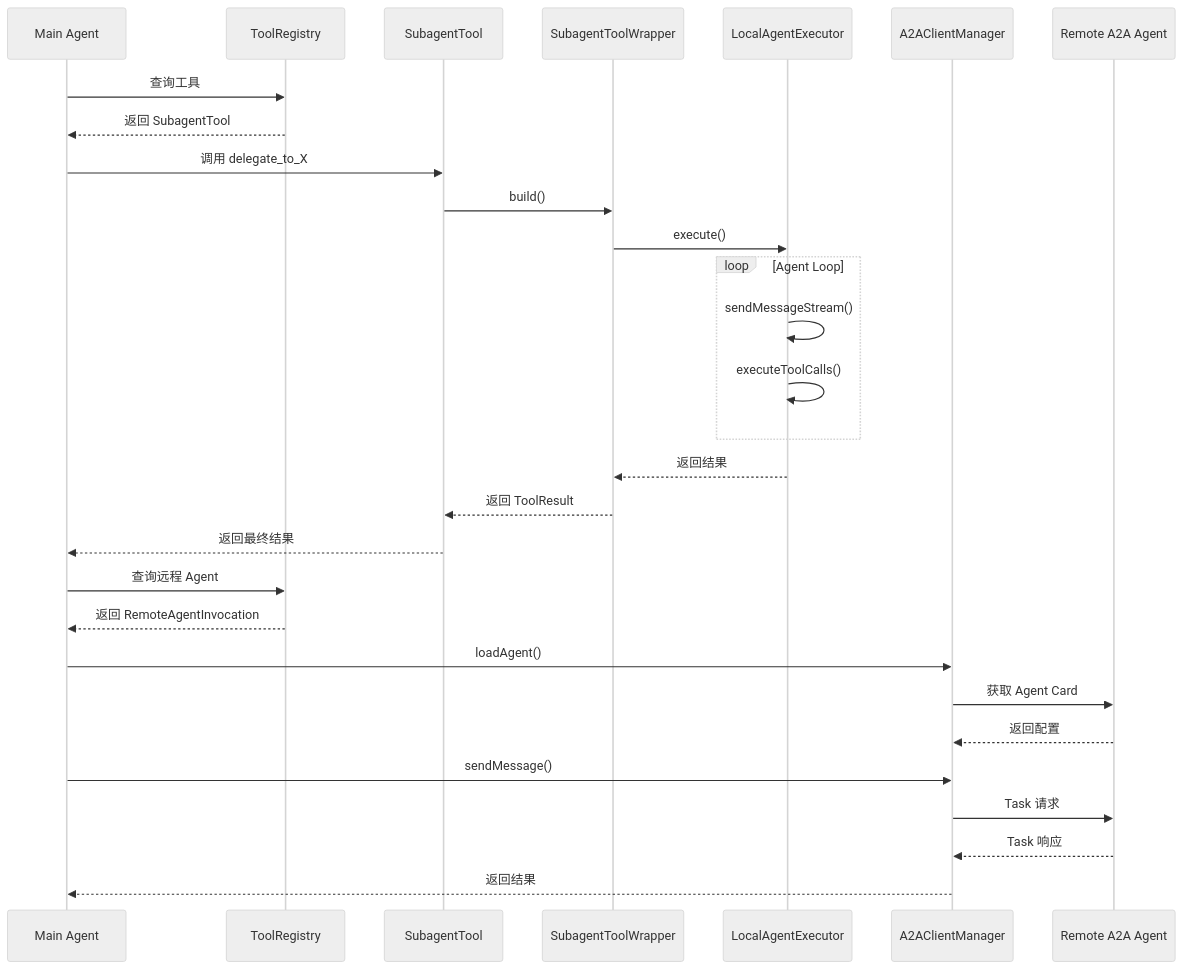
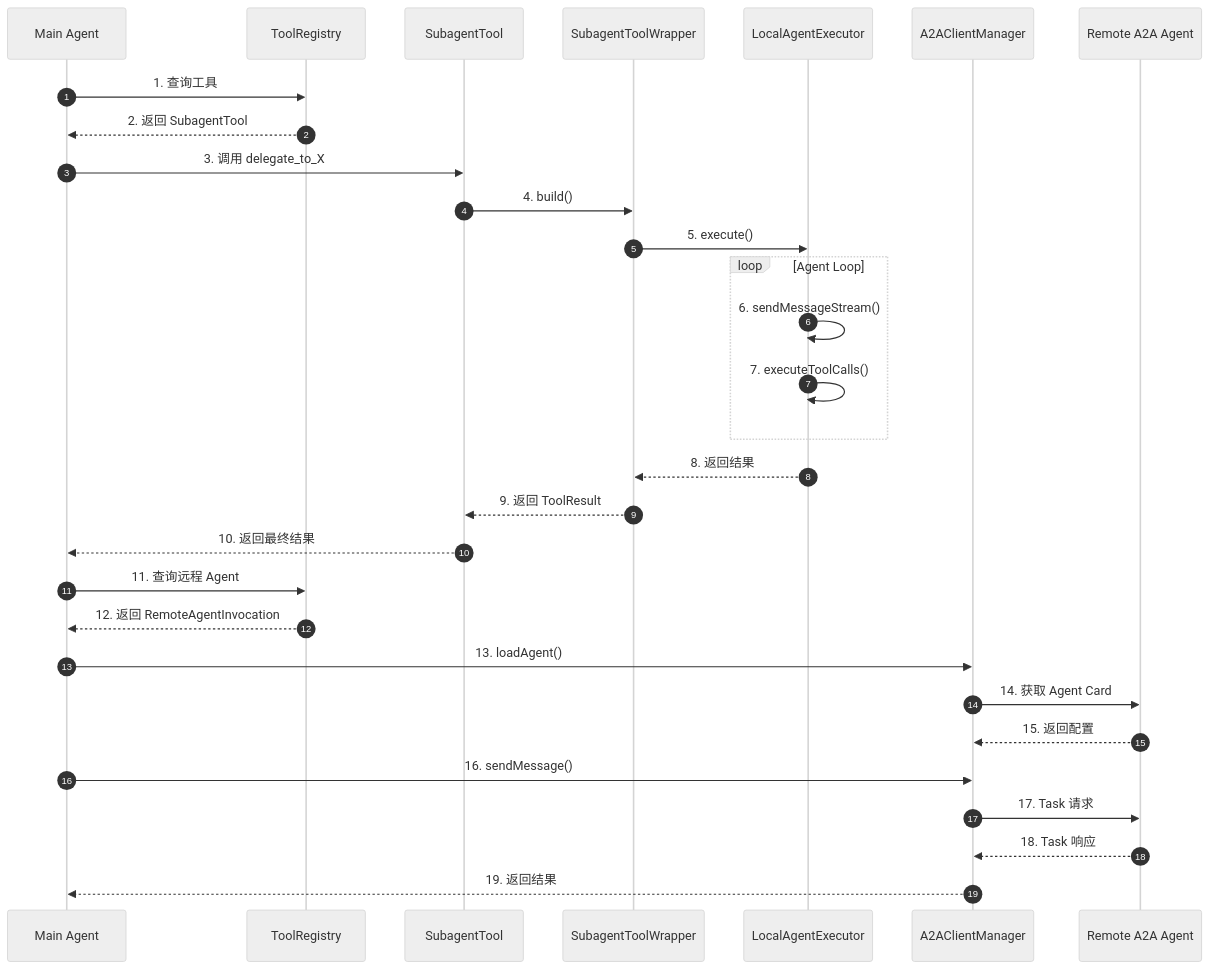
Before and after one commit to giraffe-tree/agent-base: the first of 11 diagrams in docs/gemini-cli/13-gemini-cli-acp-integration.md, drawn with Mermaid (neutral theme). The commit also changed other lines of this file and 155 other files, not shown here.

````diff
--- a/docs/gemini-cli/13-gemini-cli-acp-integration.md
+++ b/docs/gemini-cli/13-gemini-cli-acp-integration.md
@@ -112,35 +135,36 @@
 ```mermaid
 sequenceDiagram
+    autonumber
     participant Main as Main Agent
     participant ToolReg as ToolRegistry
     participant SubTool as SubagentTool
     participant Wrapper as SubagentToolWrapper
     participant LocalExec as LocalAgentExecutor
     participant A2AMgr as A2AClientManager
     participant Remote as Remote A2A Agent
 
     %% Local SubAgent Flow
-    Main->>ToolReg: 查询工具
-    ToolReg-->>Main: 返回 SubagentTool
-    Main->>SubTool: 调用 delegate_to_X
-    SubTool->>Wrapper: build()
-    Wrapper->>LocalExec: execute()
+    Main->>ToolReg: 1. 查询工具
+    ToolReg-->>Main: 2. 返回 SubagentTool
+    Main->>SubTool: 3. 调用 delegate_to_X
+    SubTool->>Wrapper: 4. build()
+    Wrapper->>LocalExec: 5. execute()
     loop Agent Loop
-        LocalExec->>LocalExec: sendMessageStream()
-        LocalExec->>LocalExec: executeToolCalls()
+        LocalExec->>LocalExec: 6. sendMessageStream()
+        LocalExec->>LocalExec: 7. executeToolCalls()
     end
-    LocalExec-->>Wrapper: 返回结果
-    Wrapper-->>SubTool: 返回 ToolResult
-    SubTool-->>Main: 返回最终结果
+    LocalExec-->>Wrapper: 8. 返回结果
+    Wrapper-->>SubTool: 9. 返回 ToolResult
+    SubTool-->>Main: 10. 返回最终结果
 
     %% Remote Agent Flow
-    Main->>ToolReg: 查询远程 Agent
-    ToolReg-->>Main: 返回 RemoteAgentInvocation
-    Main->>A2AMgr: loadAgent()
-    A2AMgr->>Remote: 获取 Agent Card
-    Remote-->>A2AMgr: 返回配置
-    Main->>A2AMgr: sendMessage()
-    A2AMgr->>Remote: Task 请求
-    Remote-->>A2AMgr: Task 响应
-    A2AMgr-->>Main: 返回结果
+    Main->>ToolReg: 11. 查询远程 Agent
+    ToolReg-->>Main: 12. 返回 RemoteAgentInvocation
+    Main->>A2AMgr: 13. loadAgent()
+    A2AMgr->>Remote: 14. 获取 Agent Card
+    Remote-->>A2AMgr: 15. 返回配置
+    Main->>A2AMgr: 16. sendMessage()
+    A2AMgr->>Remote: 17. Task 请求
+    Remote-->>A2AMgr: 18. Task 响应
+    A2AMgr-->>Main: 19. 返回结果
 ```
````
